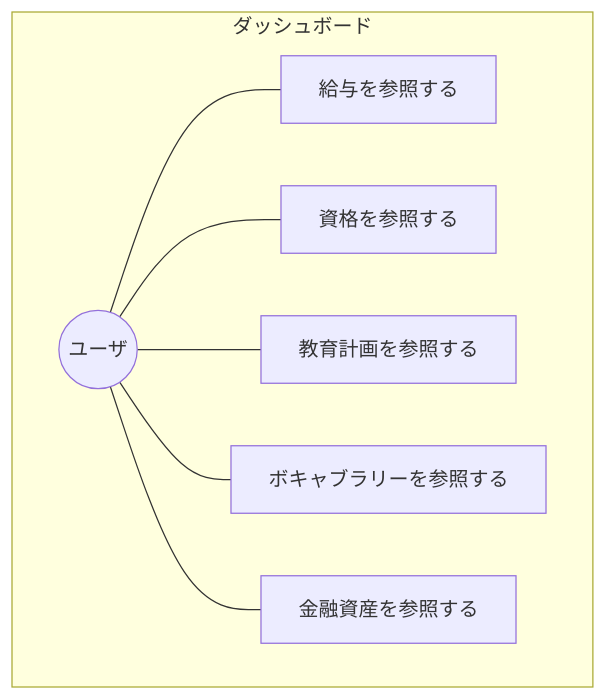
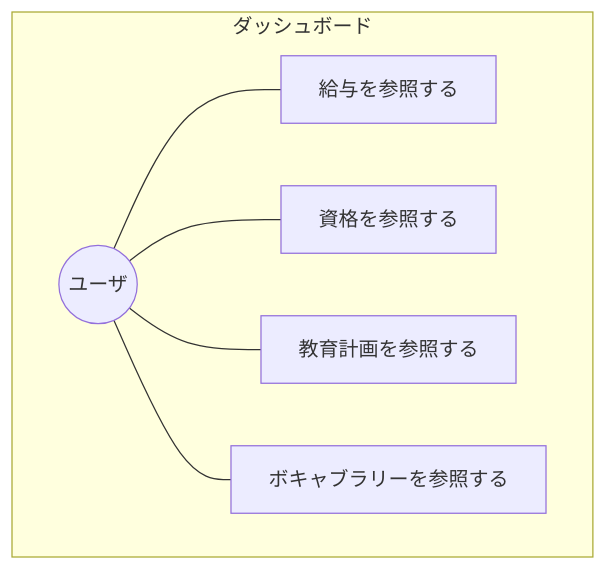
The first of 4 diagrams in doc/02.usecase/usecase.md (mori-akira/jibun-dashboard), drawn with Mermaid before and after one commit. The commit also changed other lines of this file and 6 other files, not shown here.

````diff
--- a/doc/02.usecase/usecase.md
+++ b/doc/02.usecase/usecase.md
@@ -3,18 +3,16 @@
 ```mermaid
 graph TB
 
     subgraph "ダッシュボード"
         user((ユーザ))
         salary[給与を参照する]
         qualification[資格を参照する]
         educationPlan[教育計画を参照する]
         vocabulary[ボキャブラリーを参照する]
-        financialAsset[金融資産を参照する]
     end
 
     user --- salary
     user --- qualification
     user --- educationPlan
     user --- vocabulary
-    user --- financialAsset
 ```
````
